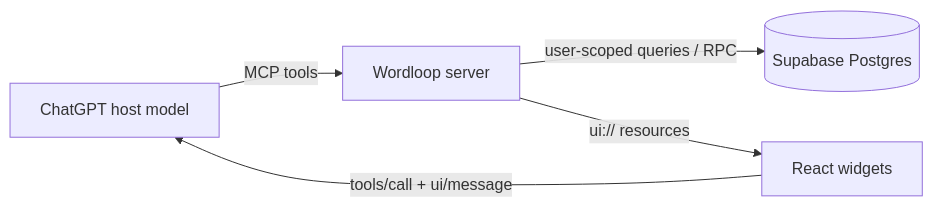
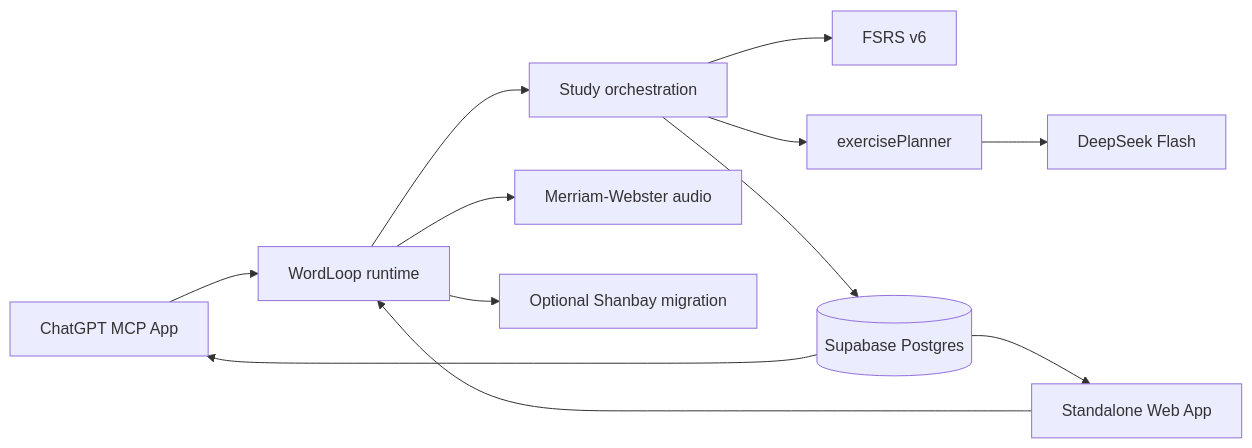
The diagram in README.md (fangzh05/wordloop), drawn with Mermaid before and after one commit. The commit also changed other lines of this file, not shown here.

Commit message:
docs: update WordLoop README and add Chinese docs link

````diff
--- a/README.md
+++ b/README.md
@@ -22,7 +211,17 @@
 ```mermaid
 flowchart LR
-  H[ChatGPT host model] -->|MCP tools| S[Wordloop server]
-  S -->|user-scoped queries / RPC| D[(Supabase Postgres)]
-  S -->|ui:// resources| W[React widgets]
-  W -->|tools/call + ui/message| H
+  C[ChatGPT MCP App] --> R[WordLoop runtime]
+  B[Standalone Web App] --> R
+
+  R --> O[Study orchestration]
+  O --> F[FSRS v6]
+  O --> P[exercisePlanner]
+  O --> S[(Supabase Postgres)]
+
+  P --> D[DeepSeek Flash]
+  R --> M[Merriam-Webster audio]
+  R --> H[Optional Shanbay migration]
+
+  S --> C
+  S --> B
 ```
````
